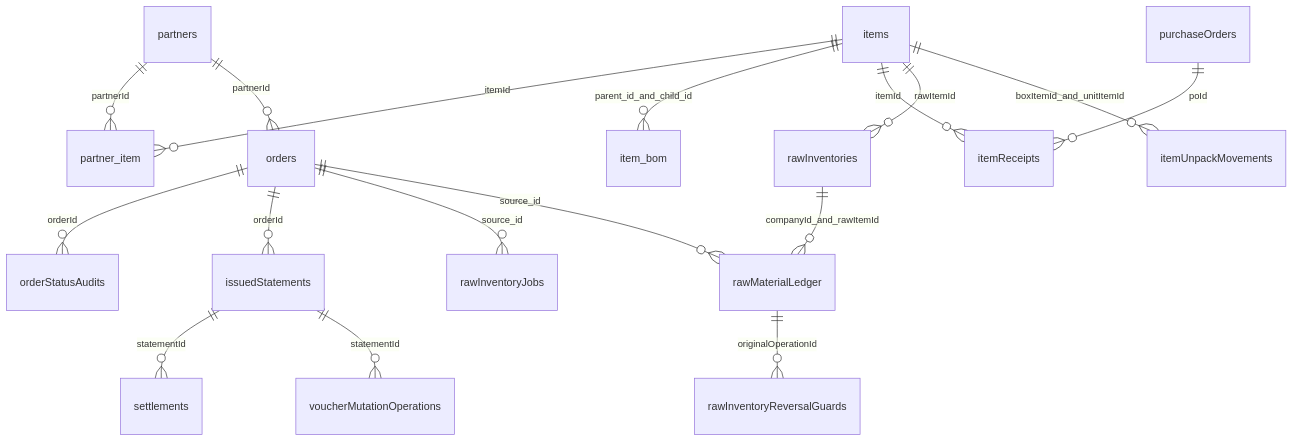
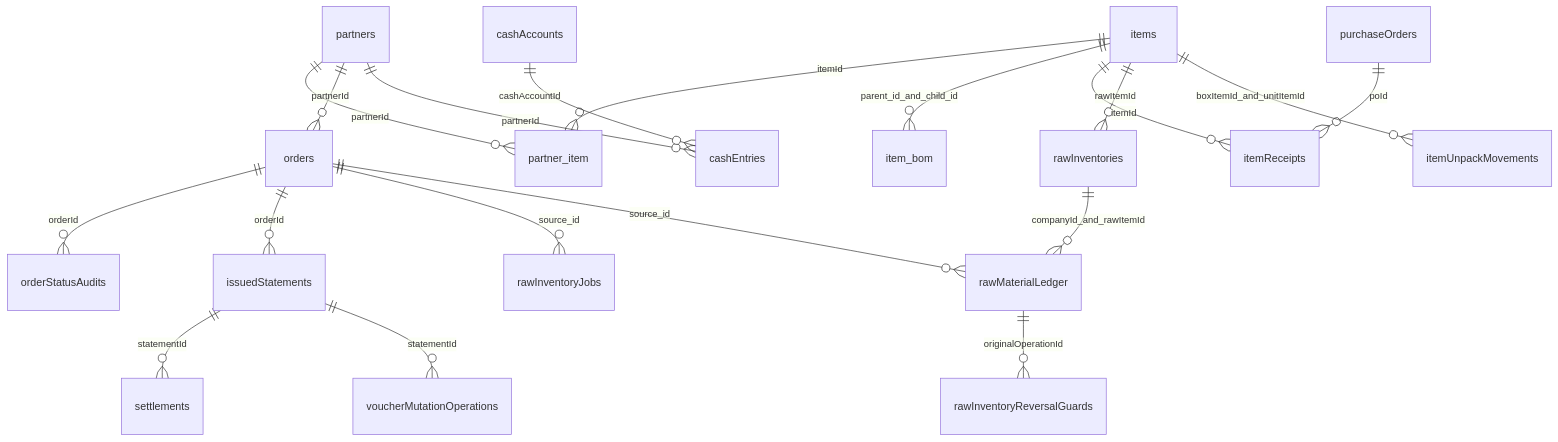
One commit to limyh0627/taebaekfood changed the first of 2 diagrams in docs/erd-current-and-target-20261007.md. Above: the diagram before and after it, drawn with Mermaid. The commit also changed other lines of this file and 7 other files, not shown here.

````diff
--- a/docs/erd-current-and-target-20261007.md
+++ b/docs/erd-current-and-target-20261007.md
@@ -9,19 +9,21 @@
 ```mermaid
 erDiagram
   partners ||--o{ partner_item : partnerId
   items ||--o{ partner_item : itemId
   partners ||--o{ orders : partnerId
   orders ||--o{ orderStatusAudits : orderId
   orders ||--o{ issuedStatements : orderId
   issuedStatements ||--o{ settlements : statementId
+  partners ||--o{ cashEntries : partnerId
+  cashAccounts ||--o{ cashEntries : cashAccountId
   items ||--o{ item_bom : parent_id_and_child_id
   items ||--o{ itemReceipts : itemId
   purchaseOrders ||--o{ itemReceipts : poId
   items ||--o{ rawInventories : rawItemId
   rawInventories ||--o{ rawMaterialLedger : companyId_and_rawItemId
   orders ||--o{ rawInventoryJobs : source_id
   orders ||--o{ rawMaterialLedger : source_id
   rawMaterialLedger ||--o{ rawInventoryReversalGuards : originalOperationId
   items ||--o{ itemUnpackMovements : boxItemId_and_unitItemId
   issuedStatements ||--o{ voucherMutationOperations : statementId
 ```
````
